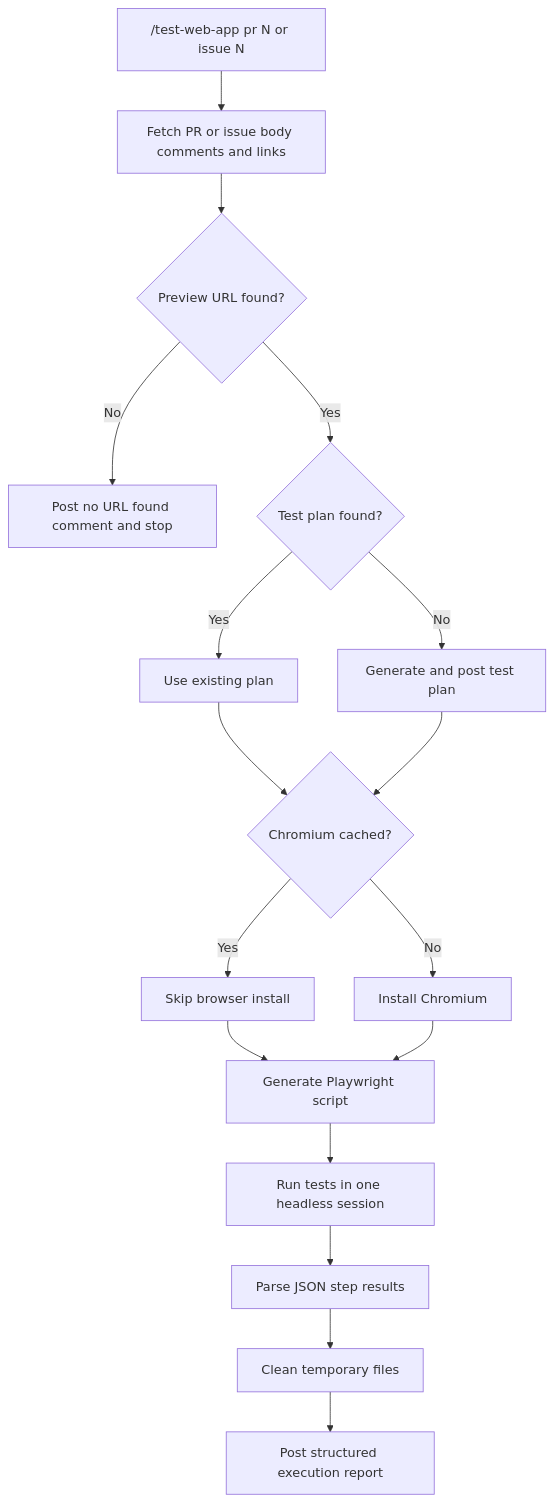
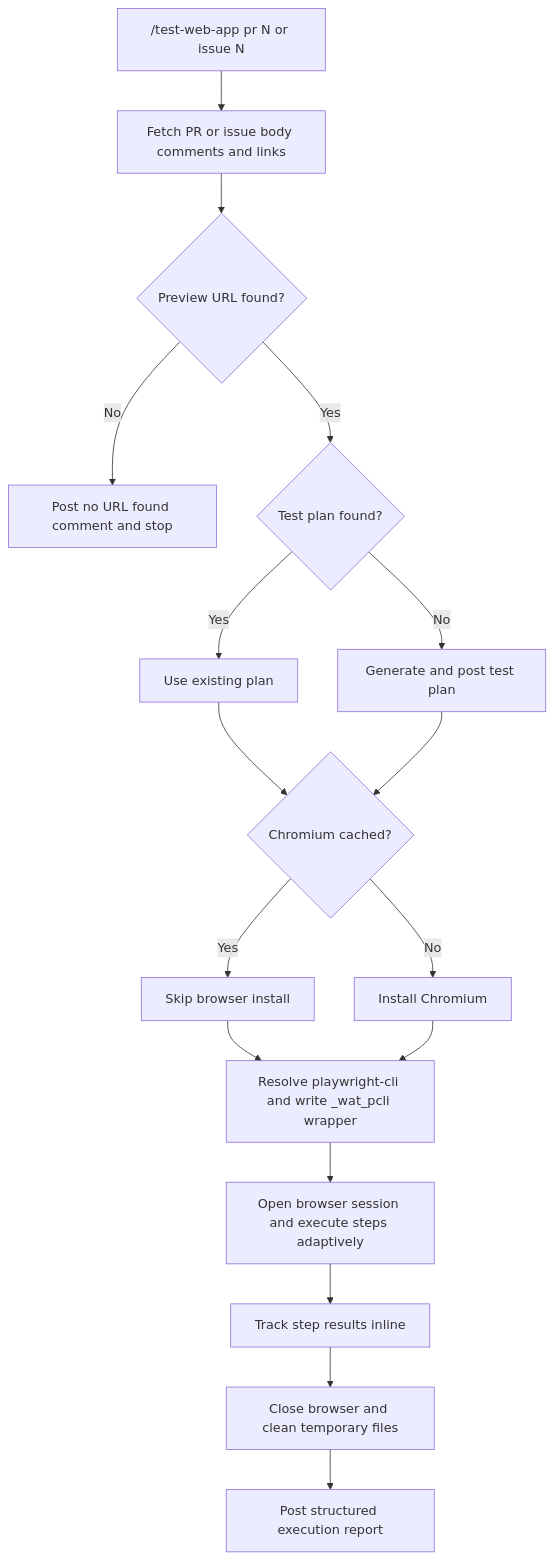
The diagram in src/content/docs/official-plugins/web-app-tester.md (Chamalasela/documentation), drawn with Mermaid before and after one commit. The commit also changed other lines of this file, not shown here.

Commit message:
Update the documentation to reflect the latest changes

````diff
--- a/src/content/docs/official-plugins/web-app-tester.md
+++ b/src/content/docs/official-plugins/web-app-tester.md
@@ -16,19 +16,19 @@
 ```mermaid
 flowchart TD
     A["/test-web-app pr N or issue N"] --> B[Fetch PR or issue body comments and links]
     B --> C{Preview URL found?}
     C -- No --> D[Post no URL found comment and stop]
     C -- Yes --> E{Test plan found?}
     E -- Yes --> F[Use existing plan]
     E -- No --> G[Generate and post test plan]
     F --> H{Chromium cached?}
     G --> H
     H -- Yes --> I[Skip browser install]
     H -- No --> J[Install Chromium]
-    I --> K[Generate Playwright script]
+    I --> K[Resolve playwright-cli and write _wat_pcli wrapper]
     J --> K
-    K --> L[Run tests in one headless session]
-    L --> M[Parse JSON step results]
-    M --> N[Clean temporary files]
+    K --> L[Open browser session and execute steps adaptively]
+    L --> M[Track step results inline]
+    M --> N[Close browser and clean temporary files]
     N --> O[Post structured execution report]
 ```
````
